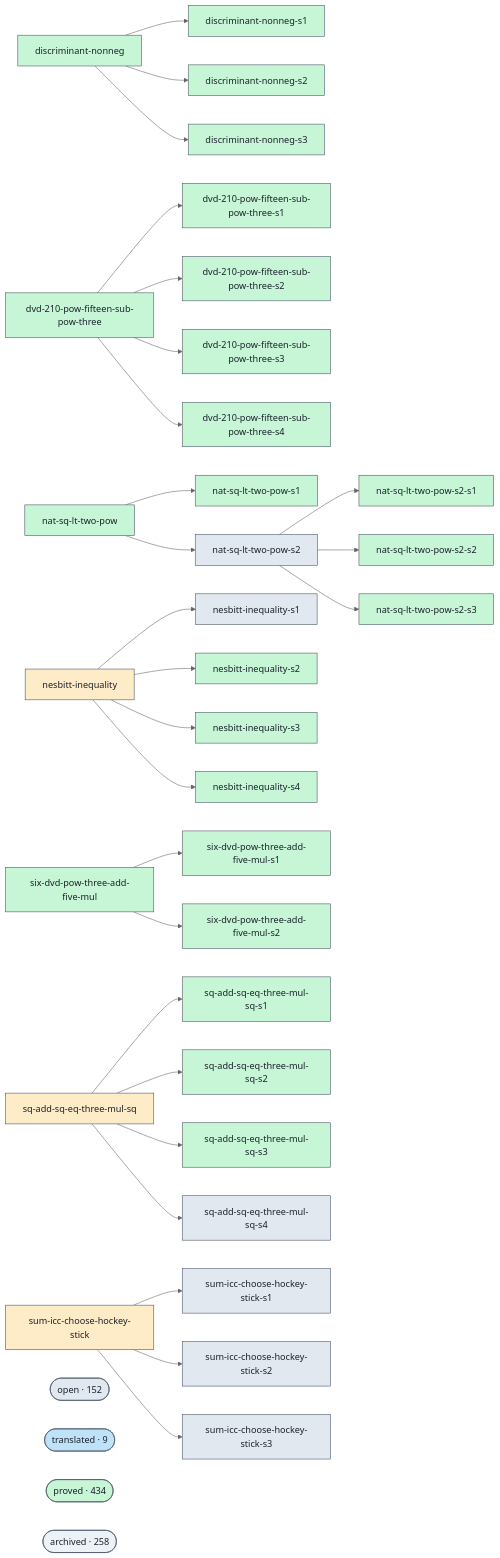
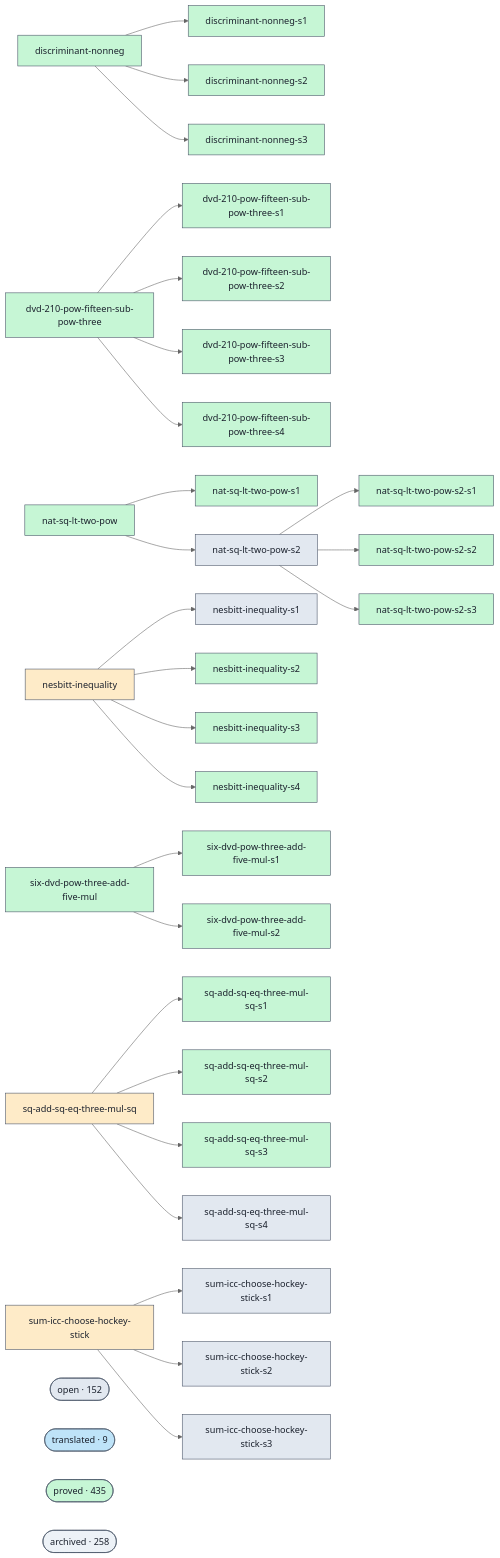
Before and after one commit to ohdearquant/unsorry: the diagram in docs/proofs-contributors-visualisation.md, drawn with Mermaid (neutral theme). The commit also changed other lines of this file and 2 other files, not shown here.

```diff
--- a/docs/proofs-contributors-visualisation.md
+++ b/docs/proofs-contributors-visualisation.md
@@ -147,7 +147,7 @@
   class cluster_open open;
   cluster_translated(["translated · 9"])
   class cluster_translated translated;
-  cluster_proved(["proved · 434"])
+  cluster_proved(["proved · 435"])
   class cluster_proved proved;
   cluster_archived(["archived · 258"])
   class cluster_archived unknown;
```
